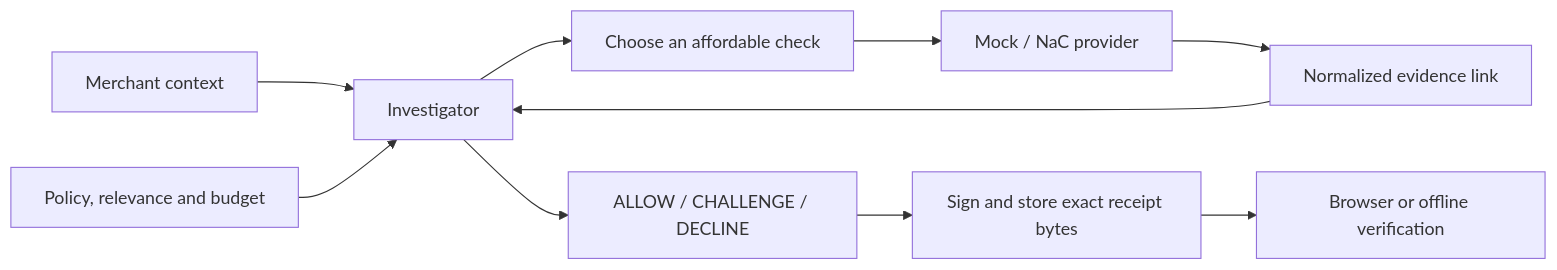
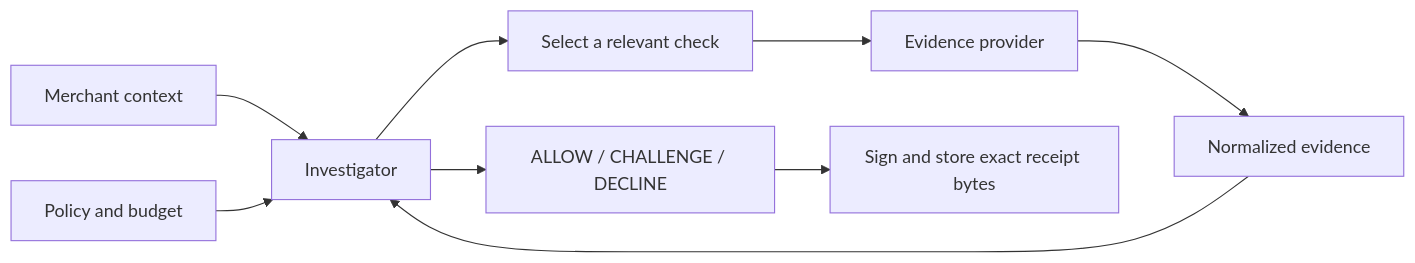
Before and after one commit to AhmadShadeed32/isnad: the diagram in README.md, drawn with Mermaid. The commit also changed other lines of this file and 1 other file, not shown here.

````diff
--- a/README.md
+++ b/README.md
@@ -126,12 +116,11 @@
 ```mermaid
 flowchart LR
-    M[Merchant context] --> I[Investigator]
-    P[Policy, relevance and budget] --> I
-    I --> Q[Choose an affordable check]
-    Q --> N[Mock / NaC provider]
-    N --> E[Normalized evidence link]
-    E --> I
-    I --> D[ALLOW / CHALLENGE / DECLINE]
-    D --> R[Sign and store exact receipt bytes]
-    R --> V[Browser or offline verification]
+    Context[Merchant context] --> Investigator[Investigator]
+    Policy[Policy and budget] --> Investigator
+    Investigator --> Check[Select a relevant check]
+    Check --> Provider[Evidence provider]
+    Provider --> Facts[Normalized evidence]
+    Facts --> Investigator
+    Investigator --> Decision[ALLOW / CHALLENGE / DECLINE]
+    Decision --> Vault[Sign and store exact receipt bytes]
 ```
````
